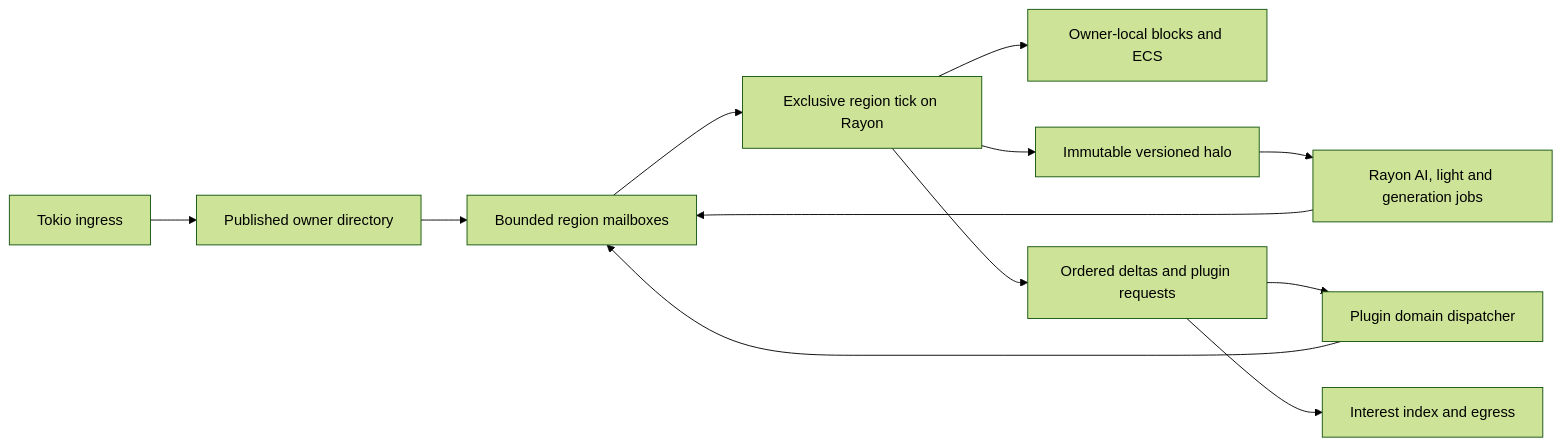
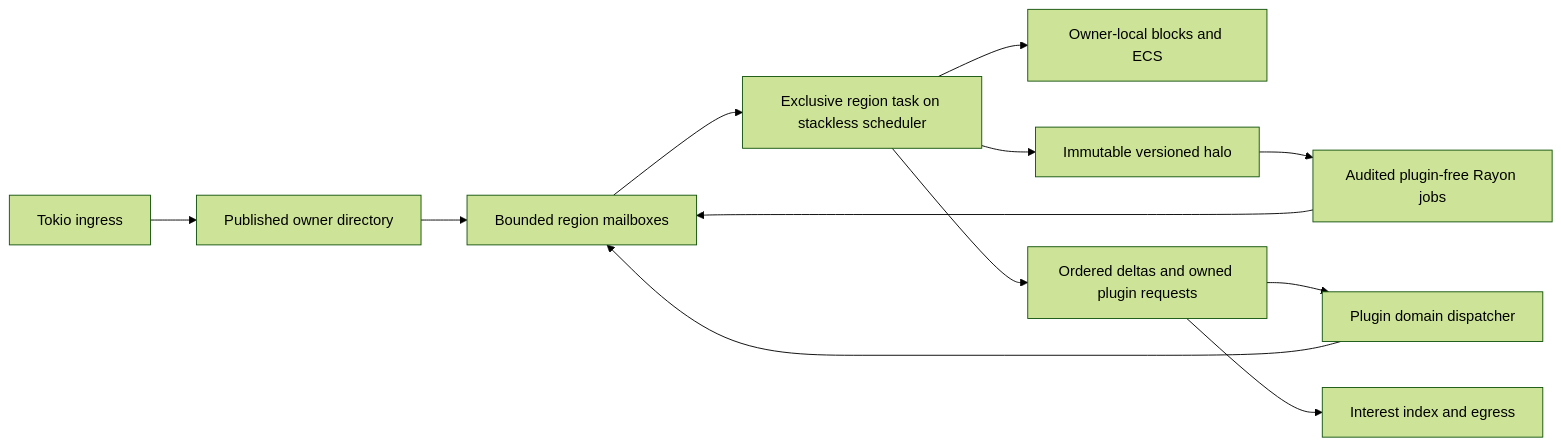
One commit to Phoenixxo/Pumpkin changed the diagram in docs/architecture/spatial-ownership-and-ecs.md. Above: the diagram before and after it, drawn with Mermaid (forest theme). The commit also changed other lines of this file and 9 other files, not shown here.

Commit message:
docs(architecture): align plugin design with v0.2 proposal

````diff
--- a/docs/architecture/spatial-ownership-and-ecs.md
+++ b/docs/architecture/spatial-ownership-and-ecs.md
@@ -13,14 +13,14 @@
 ```mermaid
 flowchart LR
     N[Tokio ingress] --> D[Published owner directory]
     D --> A[Bounded region mailboxes]
-    A --> R[Exclusive region tick on Rayon]
+    A --> R[Exclusive region task on stackless scheduler]
     R --> E[Owner-local blocks and ECS]
     R --> S[Immutable versioned halo]
-    S --> J[Rayon AI, light and generation jobs]
+    S --> J[Audited plugin-free Rayon jobs]
     J --> A
-    R --> O[Ordered deltas and plugin requests]
+    R --> O[Ordered deltas and owned plugin requests]
     O --> P[Plugin domain dispatcher]
     O --> B[Interest index and egress]
     P --> A
 ```
````
